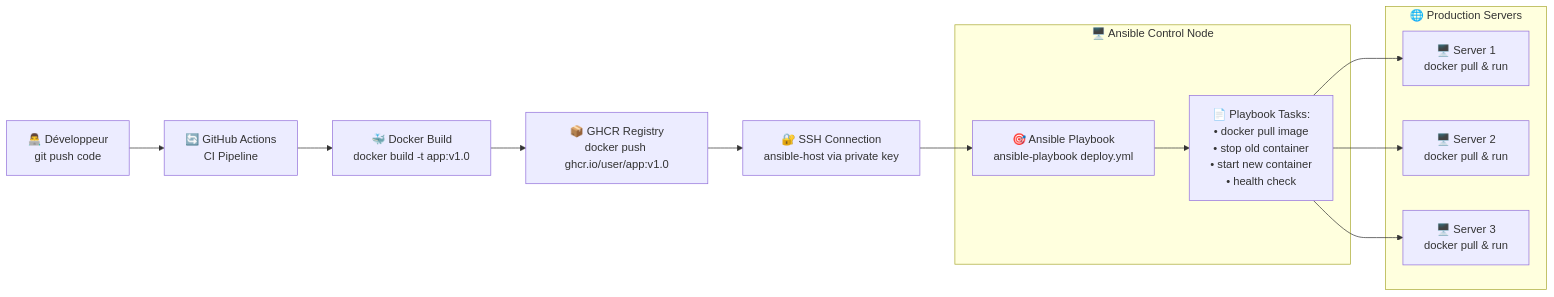
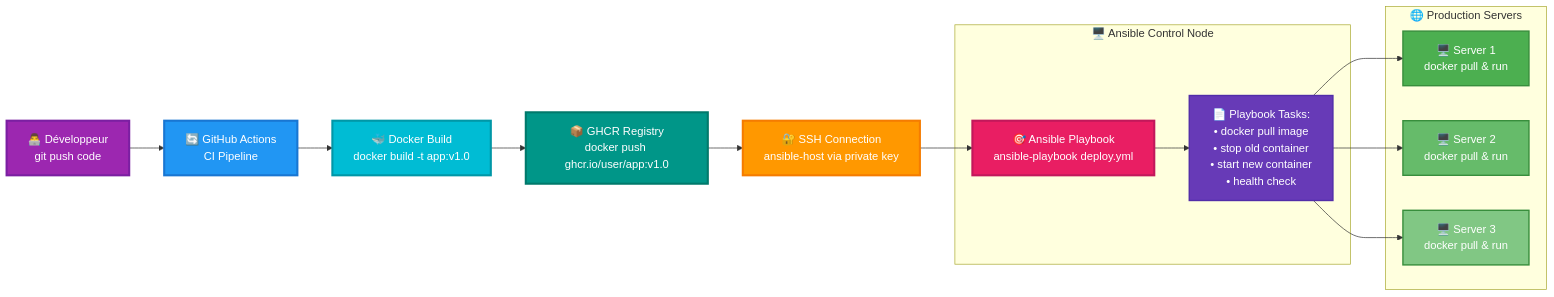
The second of 3 diagrams in pages/ansible.md (JSurquin/ansible), drawn with Mermaid before and after one commit. The commit also changed other lines of this file, not shown here.

````diff
--- a/pages/ansible.md
+++ b/pages/ansible.md
@@ -187,29 +200,40 @@
 ```mermaid
 flowchart LR
     dev["👨‍💻 Développeur<br/>git push code"]
     ci["🔄 GitHub Actions<br/>CI Pipeline"]
     img["🐳 Docker Build<br/>docker build -t app:v1.0"]
     reg["📦 GHCR Registry<br/>docker push ghcr.io/user/app:v1.0"]
     ssh["🔐 SSH Connection<br/>ansible-host via private key"]
     ans["🎯 Ansible Playbook<br/>ansible-playbook deploy.yml"]
     
     dev --> ci
     ci --> img
     img --> reg
     reg --> ssh
     ssh --> ans
 
     subgraph "🖥️ Ansible Control Node"
         ans --> playbook["📄 Playbook Tasks:<br/>• docker pull image<br/>• stop old container<br/>• start new container<br/>• health check"]
     end
 
     subgraph "🌐 Production Servers"
         srv1["🖥️ Server 1<br/>docker pull & run"]
         srv2["🖥️ Server 2<br/>docker pull & run"] 
         srv3["🖥️ Server 3<br/>docker pull & run"]
     end
 
     playbook --> srv1
     playbook --> srv2
     playbook --> srv3
+
+    style dev fill:#9c27b0,stroke:#7b1fa2,stroke-width:3px,color:#fff
+    style ci fill:#2196f3,stroke:#1976d2,stroke-width:3px,color:#fff
+    style img fill:#00bcd4,stroke:#0097a7,stroke-width:3px,color:#fff
+    style reg fill:#009688,stroke:#00796b,stroke-width:3px,color:#fff
+    style ssh fill:#ff9800,stroke:#f57c00,stroke-width:3px,color:#fff
+    style ans fill:#e91e63,stroke:#c2185b,stroke-width:3px,color:#fff
+    style playbook fill:#673ab7,stroke:#512da8,stroke-width:2px,color:#fff
+    style srv1 fill:#4caf50,stroke:#388e3c,stroke-width:2px,color:#fff
+    style srv2 fill:#66bb6a,stroke:#388e3c,stroke-width:2px,color:#fff
+    style srv3 fill:#81c784,stroke:#388e3c,stroke-width:2px,color:#fff
 ```
````
